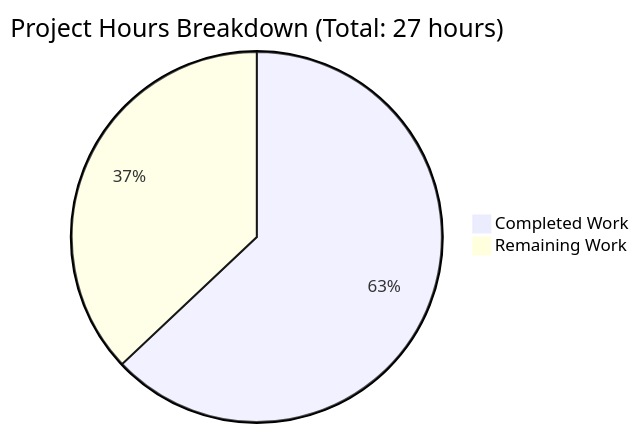
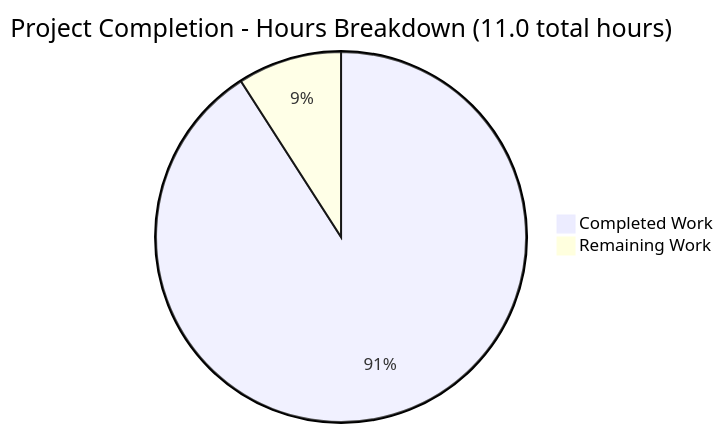
Before and after one commit to blitzytest02/Nov18_12: the diagram in blitzy/documentation/Project Guide.md, drawn with Mermaid. The commit also changed other lines of this file, not shown here.

Commit message:
Adding Blitzy Project Guide: Project Status and Human Tasks Remaining

````diff
--- a/blitzy/documentation/Project Guide.md
+++ b/blitzy/documentation/Project Guide.md
@@ -71,5 +24,5 @@
 ```mermaid
-pie title Project Hours Breakdown (Total: 27 hours)
-    "Completed Work" : 17
-    "Remaining Work" : 10
+pie title Project Completion - Hours Breakdown (11.0 total hours)
+    "Completed Work" : 10.0
+    "Remaining Work" : 1.0
 ```
````
